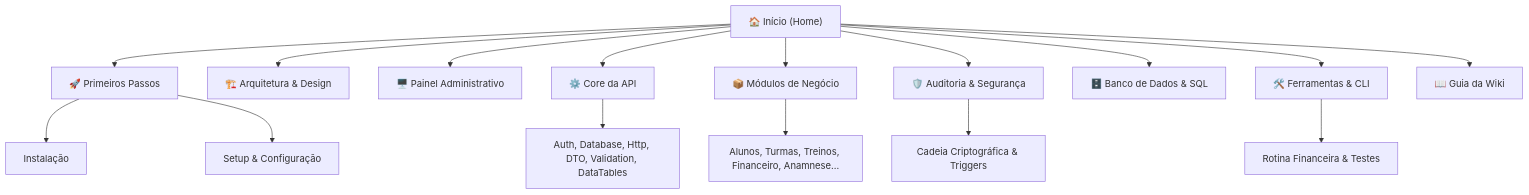
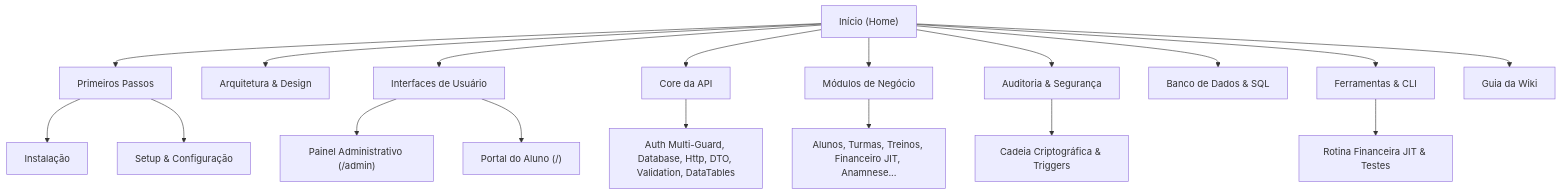
One commit to Rafael-Nz/LTD-C.T-Centro-de-Treinamento changed the diagram in docs/Home.md. Above: the diagram before and after it, drawn with Mermaid. The commit also changed other lines of this file and 20 other files, not shown here.

First line of the commit message:
docs: atualiza documentacao do sistema arquitetura guias de instalacao e wiki

````diff
--- a/docs/Home.md
+++ b/docs/Home.md
@@ -14,20 +14,23 @@
 ```mermaid
 flowchart TD
-    Home["🏠 Início (Home)"] --> Start["🚀 Primeiros Passos"]
-    Home --> Arch["🏗️ Arquitetura & Design"]
-    Home --> Admin["🖥️ Painel Administrativo"]
-    Home --> Core["⚙️ Core da API"]
-    Home --> Modules["📦 Módulos de Negócio"]
-    Home --> Sec["🛡️ Auditoria & Segurança"]
-    Home --> DB["🗄️ Banco de Dados & SQL"]
-    Home --> Tools["🛠️ Ferramentas & CLI"]
-    Home --> Wiki["📖 Guia da Wiki"]
+    Home["Início (Home)"] --> Start["Primeiros Passos"]
+    Home --> Arch["Arquitetura & Design"]
+    Home --> UI["Interfaces de Usuário"]
+    Home --> Core["Core da API"]
+    Home --> Modules["Módulos de Negócio"]
+    Home --> Sec["Auditoria & Segurança"]
+    Home --> DB["Banco de Dados & SQL"]
+    Home --> Tools["Ferramentas & CLI"]
+    Home --> Wiki["Guia da Wiki"]
 
     Start --> Inst["Instalação"]
     Start --> Setup["Setup & Configuração"]
 
-    Core --> CoreComp["Auth, Database, Http, DTO, Validation, DataTables"]
-    Modules --> ModList["Alunos, Turmas, Treinos, Financeiro, Anamnese..."]
+    UI --> AdminPanel["Painel Administrativo (/admin)"]
+    UI --> StudentPortal["Portal do Aluno (/)"]
+
+    Core --> CoreComp["Auth Multi-Guard, Database, Http, DTO, Validation, DataTables"]
+    Modules --> ModList["Alunos, Turmas, Treinos, Financeiro JIT, Anamnese..."]
     Sec --> AuditChain["Cadeia Criptográfica & Triggers"]
-    Tools --> Cron["Rotina Financeira & Testes"]
+    Tools --> Cron["Rotina Financeira JIT & Testes"]
 ```
````
